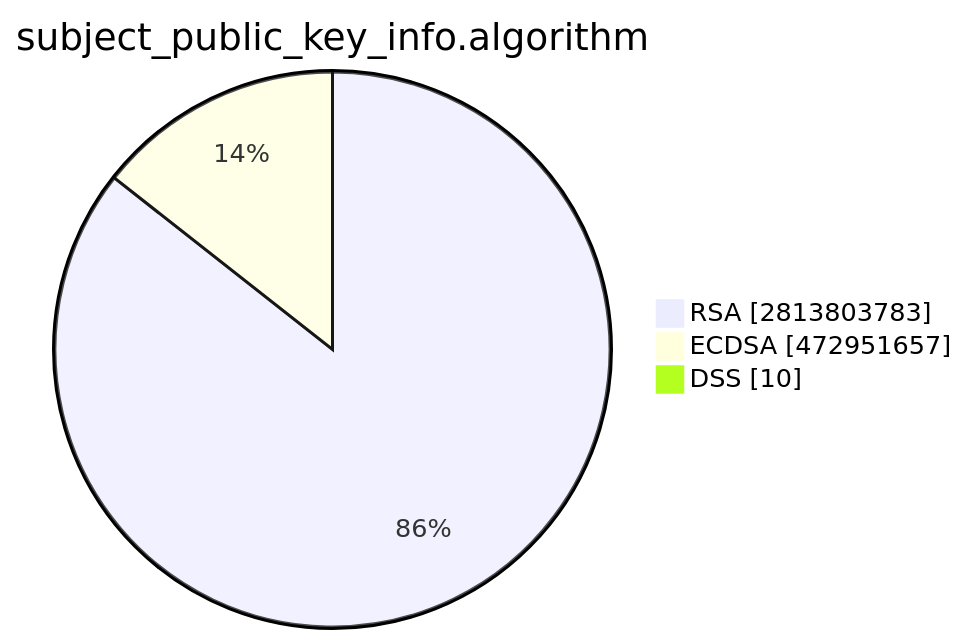
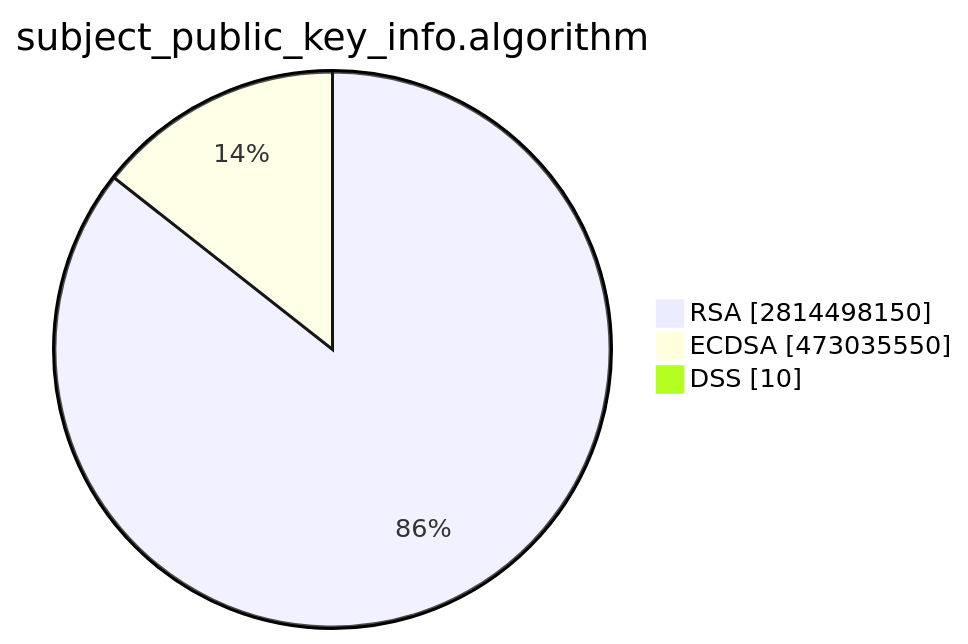
One commit to christiankrug/ctmonitor_visualization changed the second of 15 diagrams in TOTAL/README.md. Above: the diagram before and after it, drawn with Mermaid. The commit also changed other lines of this file, not shown here.

````diff
--- a/TOTAL/README.md
+++ b/TOTAL/README.md
@@ -6,7 +6,7 @@
 ```mermaid
 pie showData
 title subject_public_key_info.algorithm
-"RSA" :2813803783
-"ECDSA" :472951657
+"RSA" :2814498150
+"ECDSA" :473035550
 "DSS" :10
 ```
````
